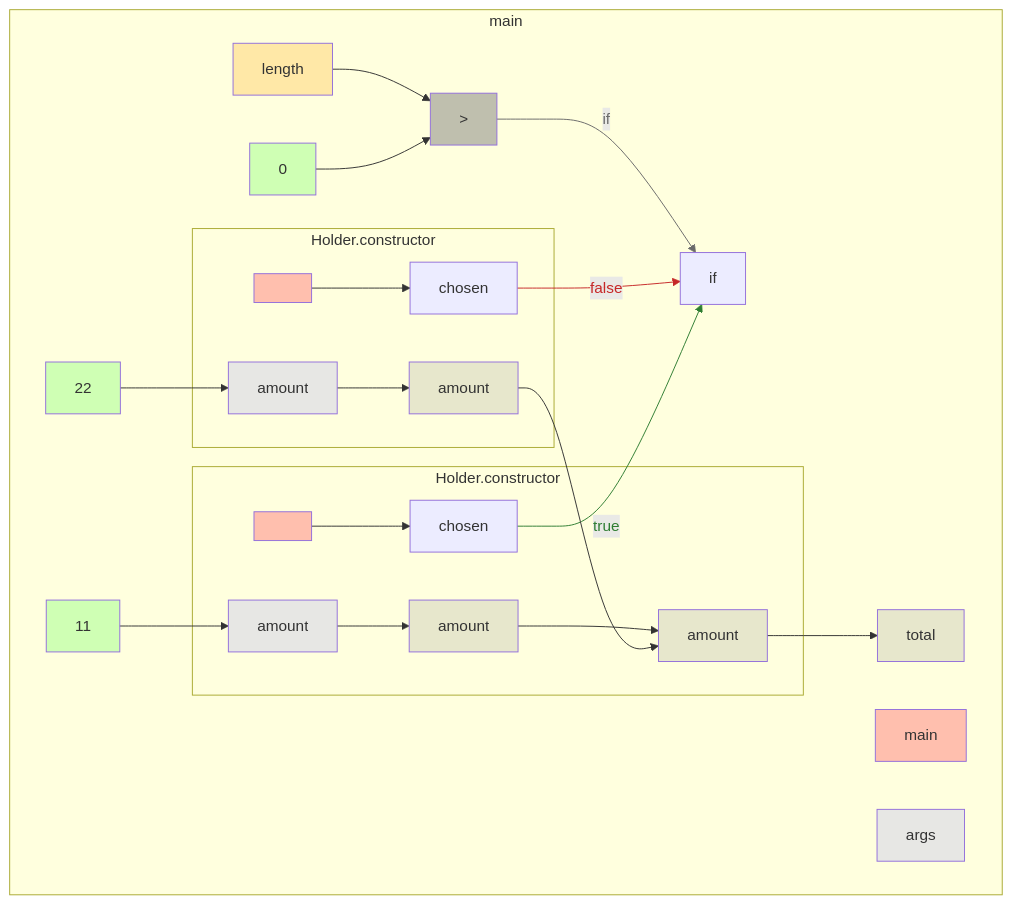
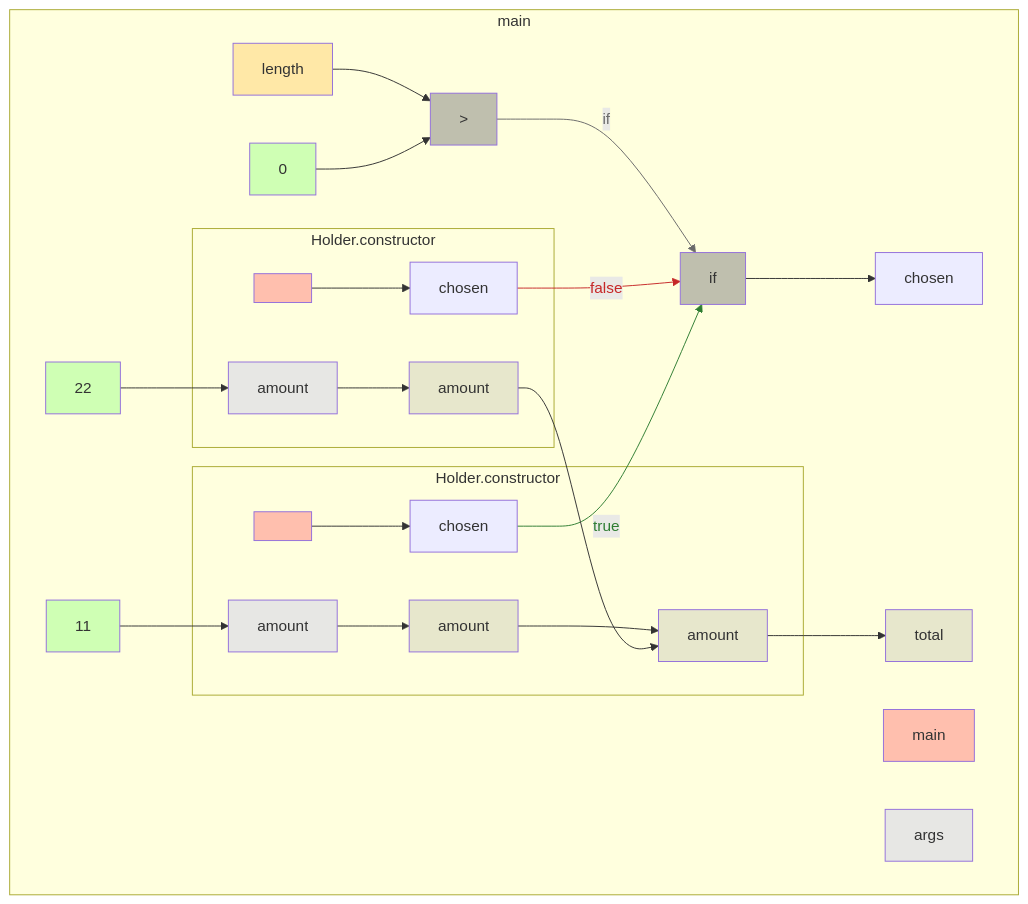
The diagram in app/src/test/resources/aliasBranch/truth.md (gstiebler/codeflow), drawn with Mermaid before and after one commit. The commit also changed 6 other files, not shown here.

````diff
--- a/app/src/test/resources/aliasBranch/truth.md
+++ b/app/src/test/resources/aliasBranch/truth.md
@@ -1,51 +1,53 @@
 ```mermaid
 flowchart TD
   subgraph b0["main"]
     n1[main]:::RETURN
     n2[args]:::FUNC_PARAM
     n3[length]:::EXTERNAL
     n4[0]:::LITERAL
     n5[>]:::BIN_OP
     n6[11]:::LITERAL
     n11[chosen]:::OBJ_VARIABLE
     n12[22]:::LITERAL
     n17[chosen]:::OBJ_VARIABLE
-    n18[if]:::OBJ_VARIABLE
-    n19[amount]:::VARIABLE
-    n20[total]:::VARIABLE
+    n18[if]:::BIN_OP
+    n19[chosen]:::OBJ_VARIABLE
+    n20[amount]:::VARIABLE
+    n21[total]:::VARIABLE
     n3[length]:::EXTERNAL --> n5[>]:::BIN_OP
     n4[0]:::LITERAL --> n5[>]:::BIN_OP
-    n5[>]:::BIN_OP -->|if| n18[if]:::OBJ_VARIABLE
+    n5[>]:::BIN_OP -->|if| n18[if]:::BIN_OP
     n6[11]:::LITERAL --> n9[amount]:::FUNC_PARAM
-    n11[chosen]:::OBJ_VARIABLE -->|true| n18[if]:::OBJ_VARIABLE
+    n11[chosen]:::OBJ_VARIABLE -->|true| n18[if]:::BIN_OP
     n12[22]:::LITERAL --> n15[amount]:::FUNC_PARAM
-    n17[chosen]:::OBJ_VARIABLE -->|false| n18[if]:::OBJ_VARIABLE
-    n19[amount]:::VARIABLE --> n20[total]:::VARIABLE
+    n17[chosen]:::OBJ_VARIABLE -->|false| n18[if]:::BIN_OP
+    n18[if]:::BIN_OP --> n19[chosen]:::OBJ_VARIABLE
+    n20[amount]:::VARIABLE --> n21[total]:::VARIABLE
     subgraph b7["Holder.constructor"]
       n8[<init>]:::RETURN
       n9[amount]:::FUNC_PARAM
       n10[amount]:::VARIABLE
       n8[<init>]:::RETURN --> n11[chosen]:::OBJ_VARIABLE
       n9[amount]:::FUNC_PARAM --> n10[amount]:::VARIABLE
-      n10[amount]:::VARIABLE --> n19[amount]:::VARIABLE
+      n10[amount]:::VARIABLE --> n20[amount]:::VARIABLE
     end
     subgraph b13["Holder.constructor"]
       n14[<init>]:::RETURN
       n15[amount]:::FUNC_PARAM
       n16[amount]:::VARIABLE
       n14[<init>]:::RETURN --> n17[chosen]:::OBJ_VARIABLE
       n15[amount]:::FUNC_PARAM --> n16[amount]:::VARIABLE
-      n16[amount]:::VARIABLE --> n19[amount]:::VARIABLE
+      n16[amount]:::VARIABLE --> n20[amount]:::VARIABLE
     end
   end
   linkStyle 2 stroke:#6a6a6a,color:#6a6a6a
   linkStyle 4 stroke:#2e7d32,color:#2e7d32
   linkStyle 6 stroke:#c62828,color:#c62828
   classDef LITERAL fill:#00FF0030
   classDef VARIABLE fill:#80808030
   classDef BIN_OP fill:#80808080
   classDef FUNC_PARAM fill:#8080FF30
   classDef RETURN fill:#FF808080
   classDef EXTERNAL fill:#FFA50040
   classDef UNMODELLED fill:#FF000030,stroke-dasharray: 4 2
 ```
````
